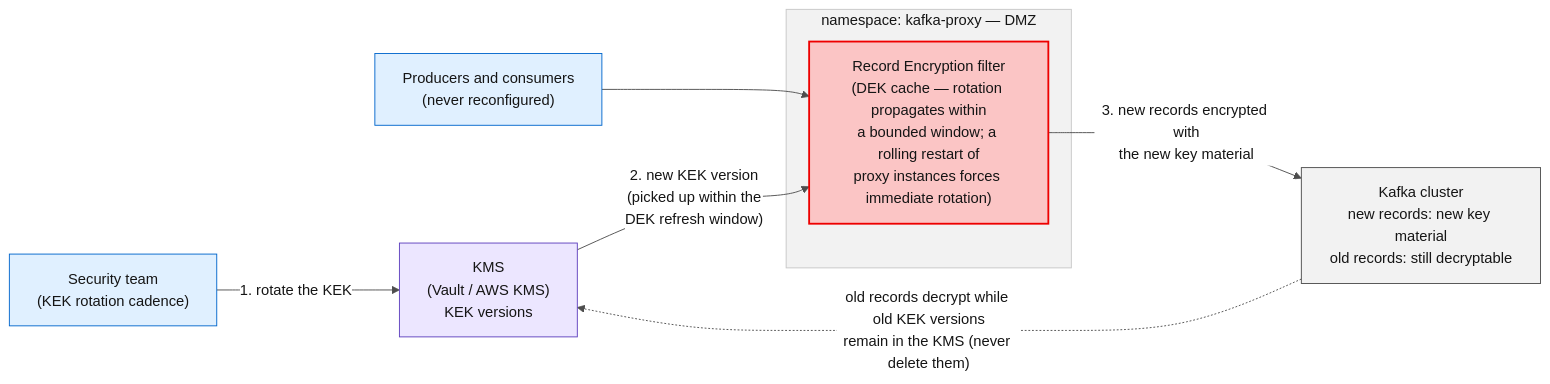
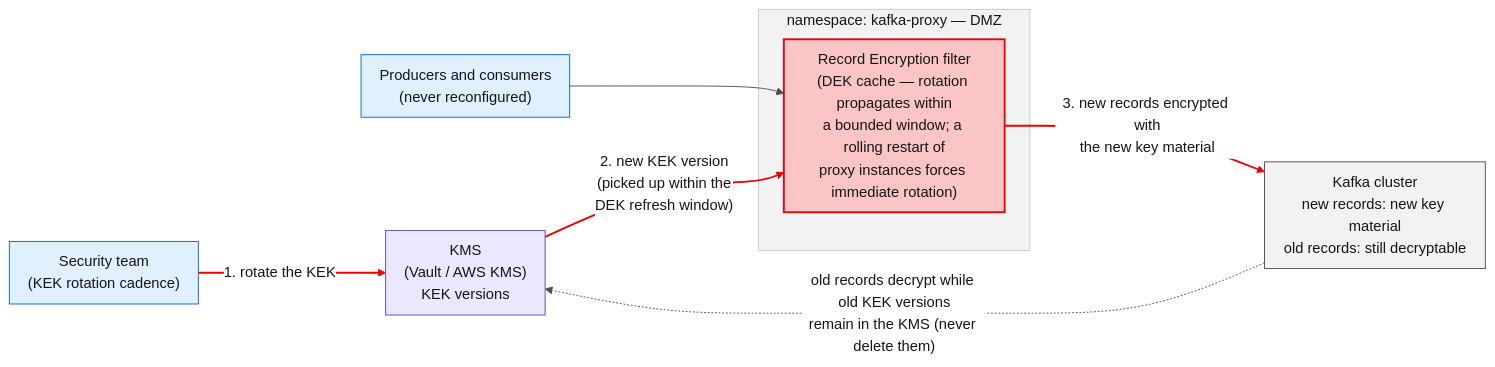
Before and after one commit to jcordes73/kafka-proxy-use-cases: the tenth of 10 diagrams in README.md, drawn with Mermaid. The commit also changed other lines of this file and 11 other files, not shown here.

````diff
--- a/README.md
+++ b/README.md
@@ -495,22 +530,26 @@
 ```mermaid
-%%{init: {"theme":"base","themeVariables":{"fontFamily":"Red Hat Text, Red Hat Display, sans-serif","primaryColor":"#FFFFFF","primaryTextColor":"#151515","primaryBorderColor":"#C7C7C7","lineColor":"#4D4D4D","secondaryColor":"#F2F2F2","tertiaryColor":"#F2F2F2","clusterBkg":"#F2F2F2","clusterBorder":"#C7C7C7","edgeLabelBackground":"#FFFFFF","titleColor":"#151515"},"sequence":{"messageMargin":12,"noteMargin":5,"boxMargin":5,"boxTextMargin":3,"bottomMarginAdj":1,"mirrorActors":false}}}%%
+%%{init: {"theme":"base","themeVariables":{"fontFamily":"Red Hat Text, Red Hat Display, sans-serif","primaryColor":"#FFFFFF","primaryTextColor":"#151515","primaryBorderColor":"#C7C7C7","lineColor":"#4D4D4D","secondaryColor":"#F2F2F2","tertiaryColor":"#F2F2F2","clusterBkg":"#F2F2F2","clusterBorder":"#C7C7C7","edgeLabelBackground":"#FFFFFF","titleColor":"#151515"},"flowchart":{"curve":"basis","nodeSpacing":45,"rankSpacing":55,"padding":10}}}%%
 flowchart LR
     SEC["Security team<br/>(KEK rotation cadence)"]
     C["Producers and consumers<br/>(never reconfigured)"]
     subgraph proxyNs["namespace: kafka-proxy — DMZ"]
         F["Record Encryption filter<br/>(DEK cache — rotation propagates within<br/>a bounded window; a rolling restart of<br/>proxy instances forces immediate rotation)"]
     end
     KMS["KMS<br/>(Vault / AWS KMS)<br/>KEK versions"]
     BK["Kafka cluster<br/>new records: new key material<br/>old records: still decryptable"]
     SEC -- "1. rotate the KEK" --> KMS
     KMS -- "2. new KEK version<br/>(picked up within the<br/>DEK refresh window)" --> F
     C --> F
     F -- "3. new records encrypted with<br/>the new key material" --> BK
     BK -. "old records decrypt while old KEK versions<br/>remain in the KMS (never delete them)" .-> KMS
 
-    style F fill:#FBC5C5,stroke:#EE0000,stroke-width:2px
-    style KMS fill:#ECE6FF,stroke:#5E40BE
-    style SEC fill:#E0F0FF,stroke:#0066CC
-    style C fill:#E0F0FF,stroke:#0066CC
-    style BK fill:#F2F2F2,stroke:#4D4D4D
+classDef red fill:#FBC5C5,stroke:#EE0000,stroke-width:2px
+classDef blue fill:#E0F0FF,stroke:#0066CC
+classDef gray fill:#F2F2F2,stroke:#4D4D4D
+classDef purple fill:#ECE6FF,stroke:#5E40BE
+class F red
+class SEC,C blue
+class BK gray
+class KMS purple
+linkStyle 0,1,3 stroke:#EE0000,stroke-width:2px
 ```
````
